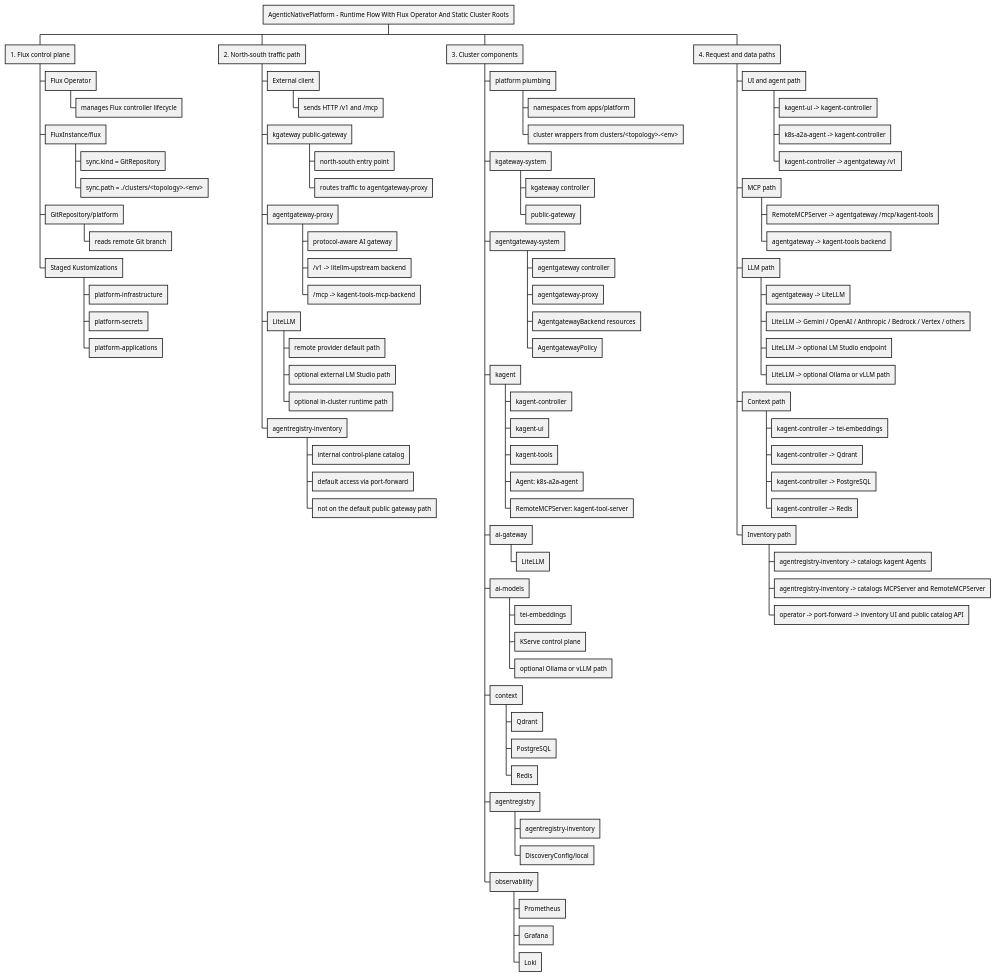
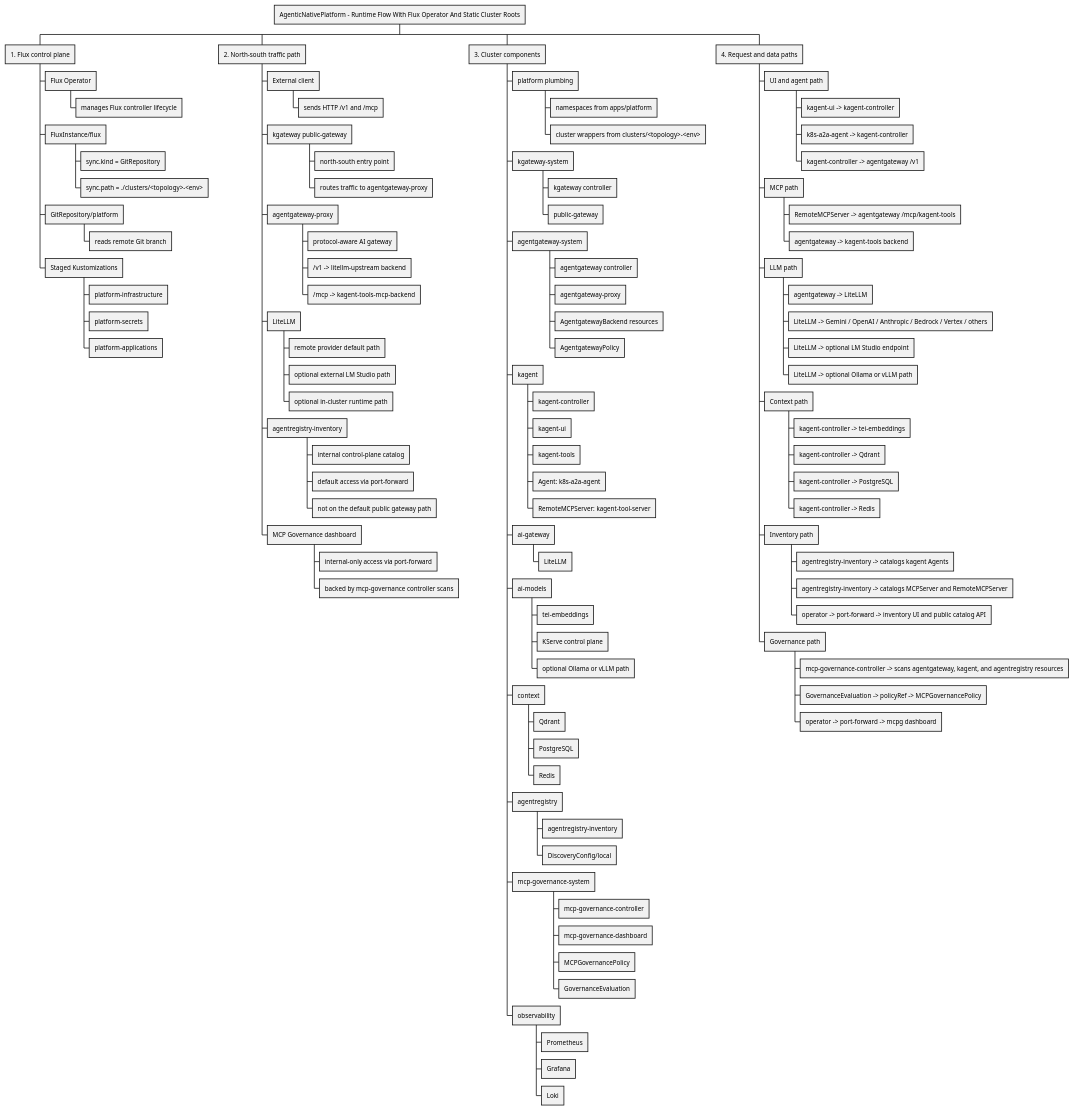
The diagram in .assets/architecture-current-runtime-wbs.puml (Shkirmantsev/AgenticNativePlatform), drawn with PlantUML before and after one commit. The commit also changed 11 other files, not shown here.

Commit message:
Update architecture information

```diff
--- a/.assets/architecture-current-runtime-wbs.puml
+++ b/.assets/architecture-current-runtime-wbs.puml
@@ -1,93 +1,105 @@
 @startwbs
 * AgenticNativePlatform - Runtime Flow With Flux Operator And Static Cluster Roots
 ** 1. Flux control plane
 *** Flux Operator
 **** manages Flux controller lifecycle
 *** FluxInstance/flux
 **** sync.kind = GitRepository
 **** sync.path = ./clusters/<topology>-<env>
 *** GitRepository/platform
 **** reads remote Git branch
 *** Staged Kustomizations
 **** platform-infrastructure
 **** platform-secrets
 **** platform-applications
 
 ** 2. North-south traffic path
 *** External client
 **** sends HTTP /v1 and /mcp
 *** kgateway public-gateway
 **** north-south entry point
 **** routes traffic to agentgateway-proxy
 *** agentgateway-proxy
 **** protocol-aware AI gateway
 **** /v1 -> litellm-upstream backend
 **** /mcp -> kagent-tools-mcp-backend
 *** LiteLLM
 **** remote provider default path
 **** optional external LM Studio path
 **** optional in-cluster runtime path
 *** agentregistry-inventory
 **** internal control-plane catalog
 **** default access via port-forward
 **** not on the default public gateway path
+*** MCP Governance dashboard
+**** internal-only access via port-forward
+**** backed by mcp-governance controller scans
 
 ** 3. Cluster components
 *** platform plumbing
 **** namespaces from apps/platform
 **** cluster wrappers from clusters/<topology>-<env>
 *** kgateway-system
 **** kgateway controller
 **** public-gateway
 *** agentgateway-system
 **** agentgateway controller
 **** agentgateway-proxy
 **** AgentgatewayBackend resources
 **** AgentgatewayPolicy
 *** kagent
 **** kagent-controller
 **** kagent-ui
 **** kagent-tools
 **** Agent: k8s-a2a-agent
 **** RemoteMCPServer: kagent-tool-server
 *** ai-gateway
 **** LiteLLM
 *** ai-models
 **** tei-embeddings
 **** KServe control plane
 **** optional Ollama or vLLM path
 *** context
 **** Qdrant
 **** PostgreSQL
 **** Redis
 *** agentregistry
 **** agentregistry-inventory
 **** DiscoveryConfig/local
+*** mcp-governance-system
+**** mcp-governance-controller
+**** mcp-governance-dashboard
+**** MCPGovernancePolicy
+**** GovernanceEvaluation
 *** observability
 **** Prometheus
 **** Grafana
 **** Loki
 
 ** 4. Request and data paths
 *** UI and agent path
 **** kagent-ui -> kagent-controller
 **** k8s-a2a-agent -> kagent-controller
 **** kagent-controller -> agentgateway /v1
 *** MCP path
 **** RemoteMCPServer -> agentgateway /mcp/kagent-tools
 **** agentgateway -> kagent-tools backend
 *** LLM path
 **** agentgateway -> LiteLLM
 **** LiteLLM -> Gemini / OpenAI / Anthropic / Bedrock / Vertex / others
 **** LiteLLM -> optional LM Studio endpoint
 **** LiteLLM -> optional Ollama or vLLM path
 *** Context path
 **** kagent-controller -> tei-embeddings
 **** kagent-controller -> Qdrant
 **** kagent-controller -> PostgreSQL
 **** kagent-controller -> Redis
 *** Inventory path
 **** agentregistry-inventory -> catalogs kagent Agents
 **** agentregistry-inventory -> catalogs MCPServer and RemoteMCPServer
 **** operator -> port-forward -> inventory UI and public catalog API
+*** Governance path
+**** mcp-governance-controller -> scans agentgateway, kagent, and agentregistry resources
+**** GovernanceEvaluation -> policyRef -> MCPGovernancePolicy
+**** operator -> port-forward -> mcpg dashboard
 @endwbs
```
